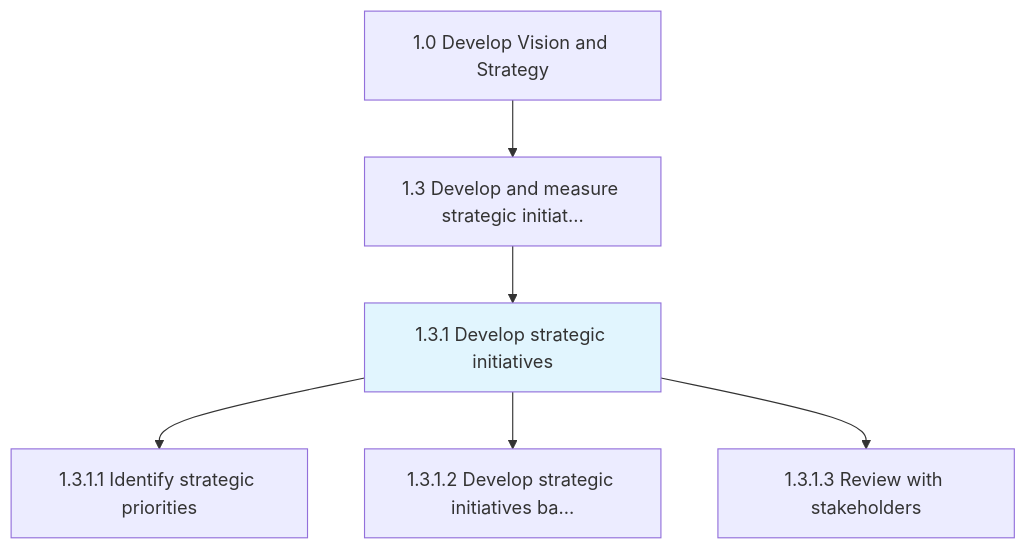
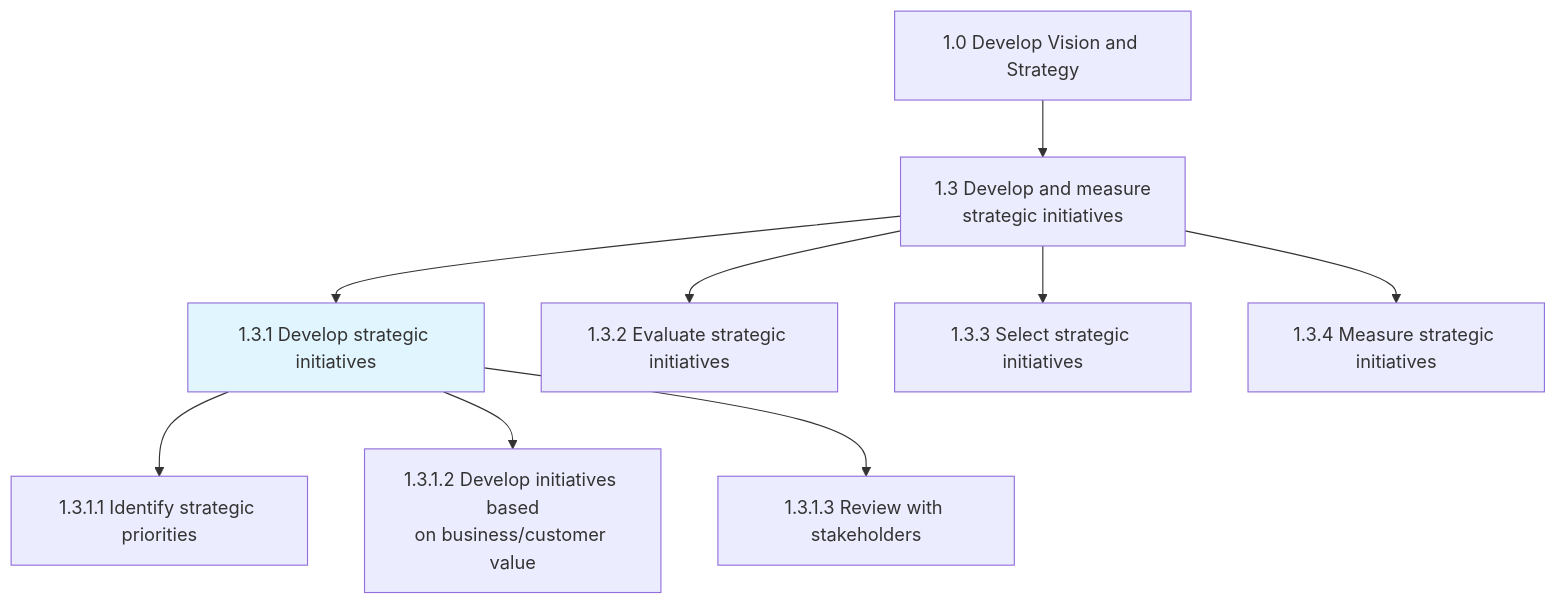
The first of 3 diagrams in processes/01-Strategy/1.3-DevelopMeasureStrategicInitiatives/1.3.1-DevelopStrategicInitiatives/index.mdx (kziemski/business.org.ai), drawn with Mermaid before and after one commit. The commit also changed other lines of this file and 67 other files, not shown here.

````diff
--- a/processes/01-Strategy/1.3-DevelopMeasureStrategicInitiatives/1.3.1-DevelopStrategicInitiatives/index.mdx
+++ b/processes/01-Strategy/1.3-DevelopMeasureStrategicInitiatives/1.3.1-DevelopStrategicInitiatives/index.mdx
@@ -25,10 +27,15 @@
 ```mermaid
 graph TD
     C1["1.0 Develop Vision and Strategy"]
-    C1 --> N1_3["1.3 Develop and measure strategic initiat..."]
-    N1_3 --> N1_3_1["1.3.1 Develop strategic initiatives"]
-    style N1_3_1 fill:#e1f5fe
-    N1_3_1 --> N1_3_1_1["1.3.1.1 Identify strategic priorities"]
-    N1_3_1 --> N1_3_1_2["1.3.1.2 Develop strategic initiatives ba..."]
-    N1_3_1 --> N1_3_1_3["1.3.1.3 Review with stakeholders"]
+    C1 --> G13["1.3 Develop and measure<br/>strategic initiatives"]
+
+    G13 --> P131["1.3.1 Develop strategic initiatives"]
+    G13 --> P132["1.3.2 Evaluate strategic initiatives"]
+    G13 --> P133["1.3.3 Select strategic initiatives"]
+    G13 --> P134["1.3.4 Measure strategic initiatives"]
+
+    style P131 fill:#e1f5fe
+    P131 --> A1311["1.3.1.1 Identify strategic priorities"]
+    P131 --> A1312["1.3.1.2 Develop initiatives based<br/>on business/customer value"]
+    P131 --> A1313["1.3.1.3 Review with stakeholders"]
 ```
````
